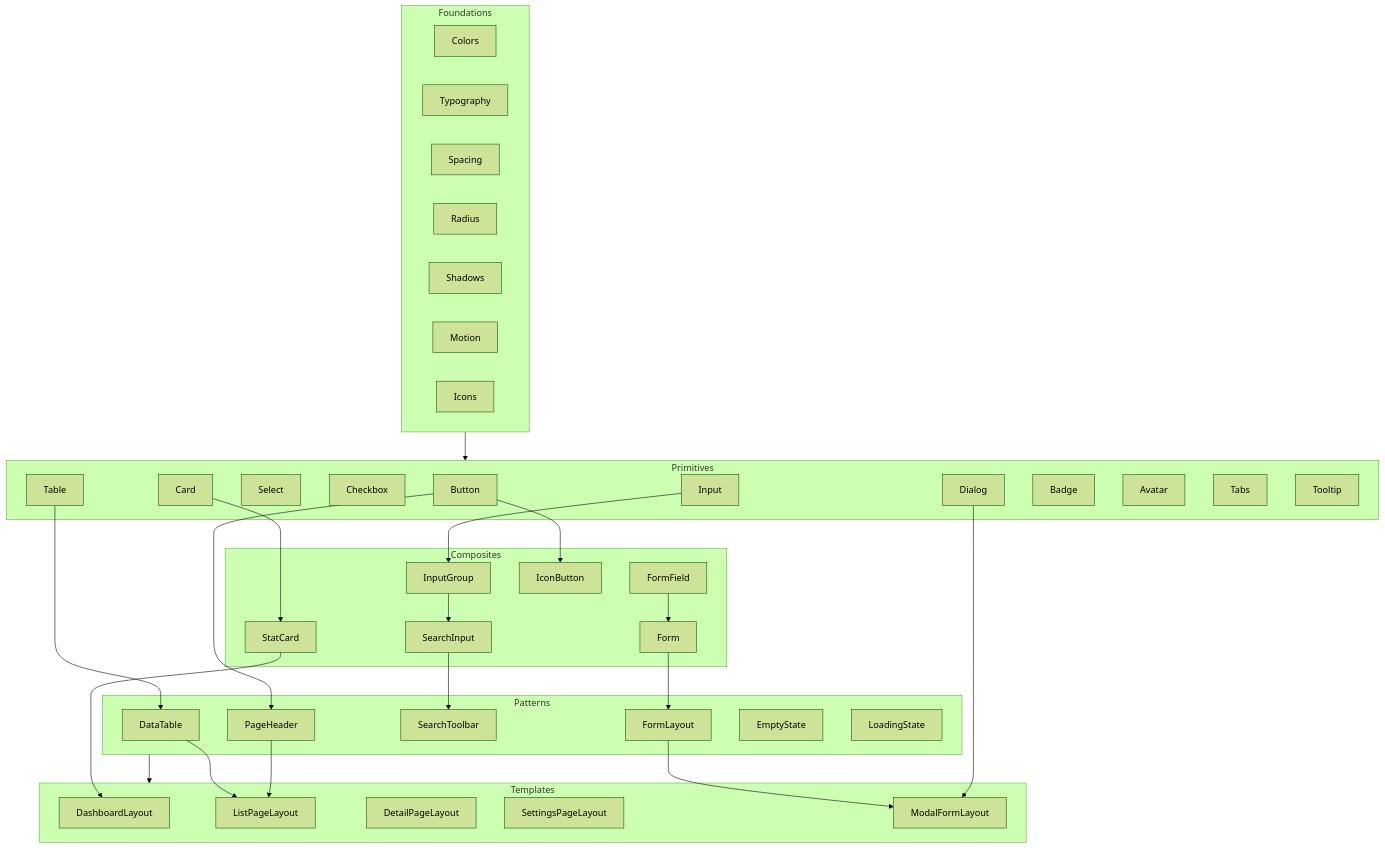
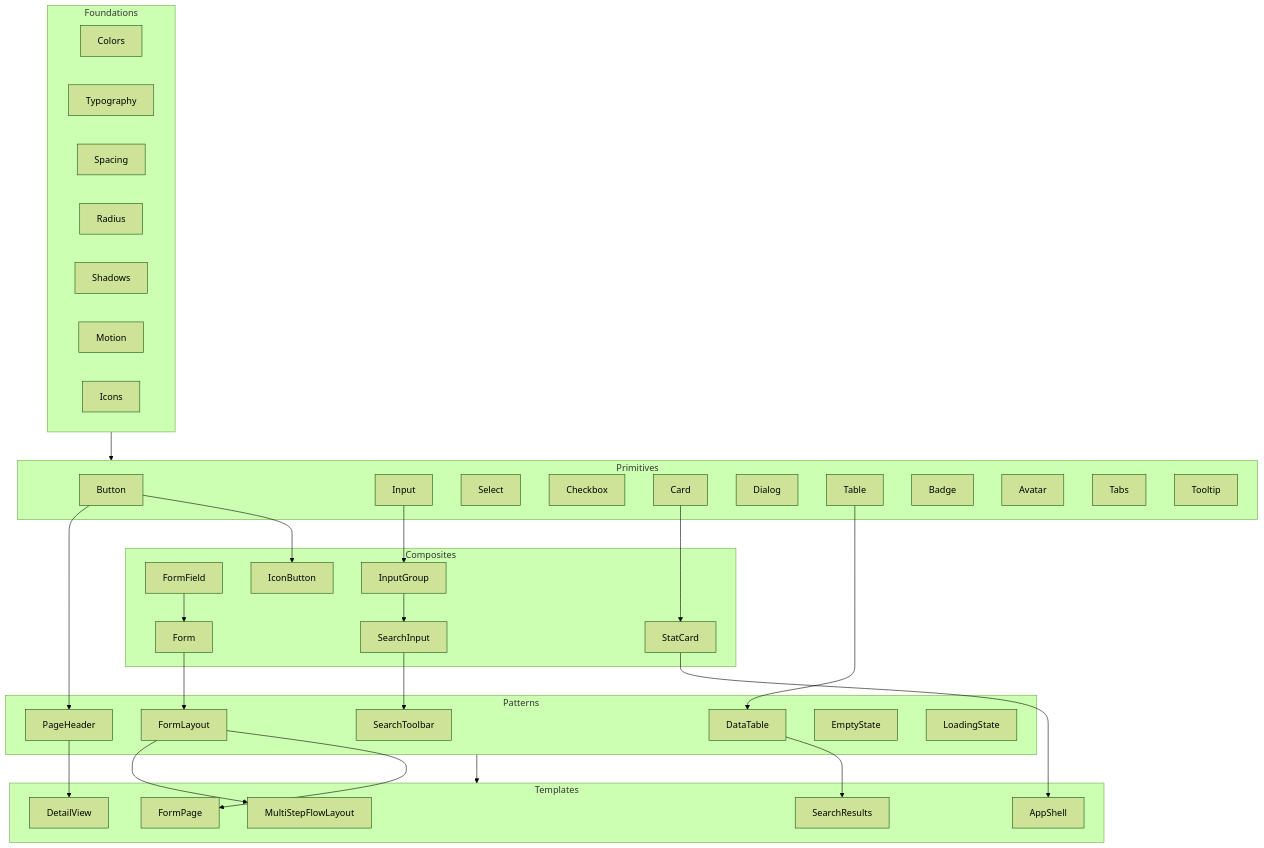
One commit to albertdesign-byte/nuclear-design-system changed the diagram in docs/design-system/blueprint.mdx. Above: the diagram before and after it, drawn with Mermaid (forest theme). The commit also changed other lines of this file and 522 other files, not shown here.

````diff
--- a/docs/design-system/blueprint.mdx
+++ b/docs/design-system/blueprint.mdx
@@ -810,69 +833,69 @@
 ```mermaid
 graph TD
     subgraph Foundations
         Colors
         Typography
         Spacing
         Radius
         Shadows
         Motion
         Icons
     end
 
     subgraph Primitives
         Button
         Input
         Select
         Checkbox
         Card
         Dialog
         Table
         Badge
         Avatar
         Tabs
         Tooltip
     end
 
     subgraph Composites
         FormField
         InputGroup
         IconButton
         SearchInput
         Form
         StatCard
     end
 
     subgraph Patterns
         DataTable
         PageHeader
         SearchToolbar
         FormLayout
         EmptyState
         LoadingState
     end
 
     subgraph Templates
-        DashboardLayout
-        ListPageLayout
-        DetailPageLayout
-        SettingsPageLayout
-        ModalFormLayout
+        MultiStepFlowLayout
+        AppShell
+        DetailView
+        SearchResults
+        FormPage
     end
 
     Foundations --> Primitives
     Button --> IconButton
     Input --> InputGroup
     InputGroup --> SearchInput
     FormField --> Form
     Form --> FormLayout
     Table --> DataTable
     Card --> StatCard
     Button --> PageHeader
     SearchInput --> SearchToolbar
-    StatCard --> DashboardLayout
-    DataTable --> ListPageLayout
-    PageHeader --> ListPageLayout
-    FormLayout --> ModalFormLayout
-    Dialog --> ModalFormLayout
+    StatCard --> AppShell
+    DataTable --> SearchResults
+    PageHeader --> DetailView
+    FormLayout --> FormPage
+    FormLayout --> MultiStepFlowLayout
     Patterns --> Templates
 ```
````
